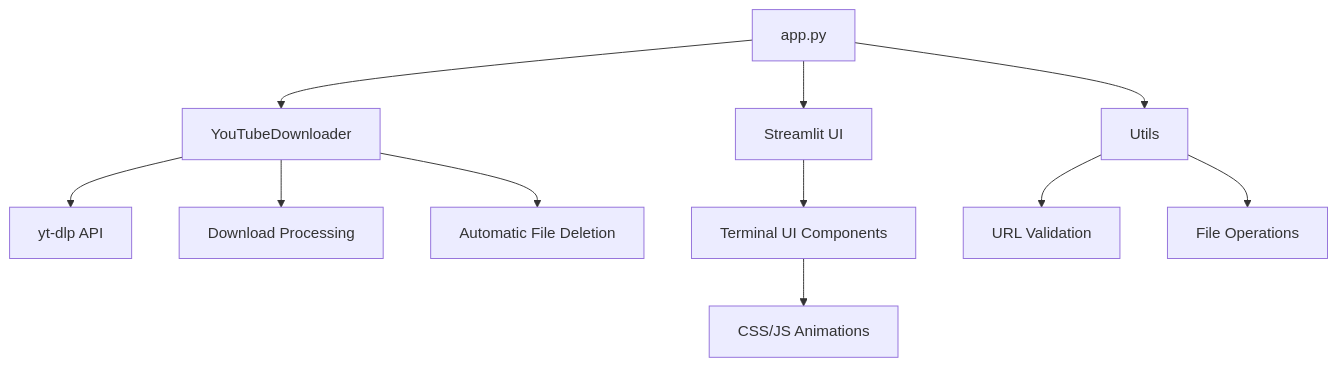
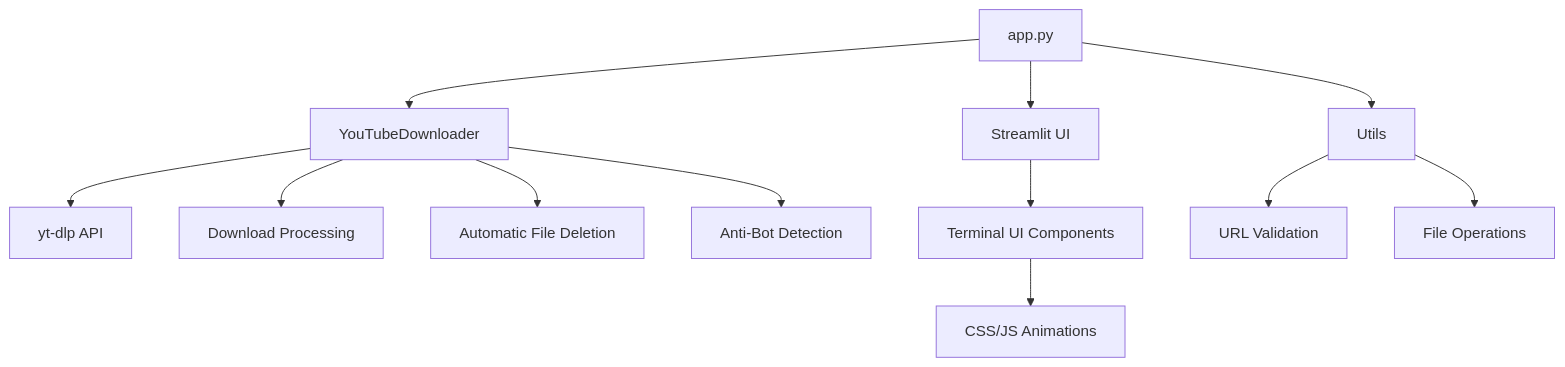
Before and after one commit to ChristopherJoshy/YoutubeDownloader: the diagram in README.md, drawn with Mermaid. The commit also changed other lines of this file and 2 other files, not shown here.

Commit message:
Add anti-bot detection bypass for cloud hosting environments

````diff
--- a/README.md
+++ b/README.md
@@ -142,13 +143,14 @@
 ```mermaid
 graph TD
     A[app.py] --> B[YouTubeDownloader]
     B --> C[yt-dlp API]
     B --> D[Download Processing]
     A --> E[Streamlit UI]
     E --> F[Terminal UI Components]
     F --> G[CSS/JS Animations]
     A --> H[Utils]
     H --> I[URL Validation]
     H --> J[File Operations]
     B --> K[Automatic File Deletion]
+    B --> L[Anti-Bot Detection]
 ```
````
